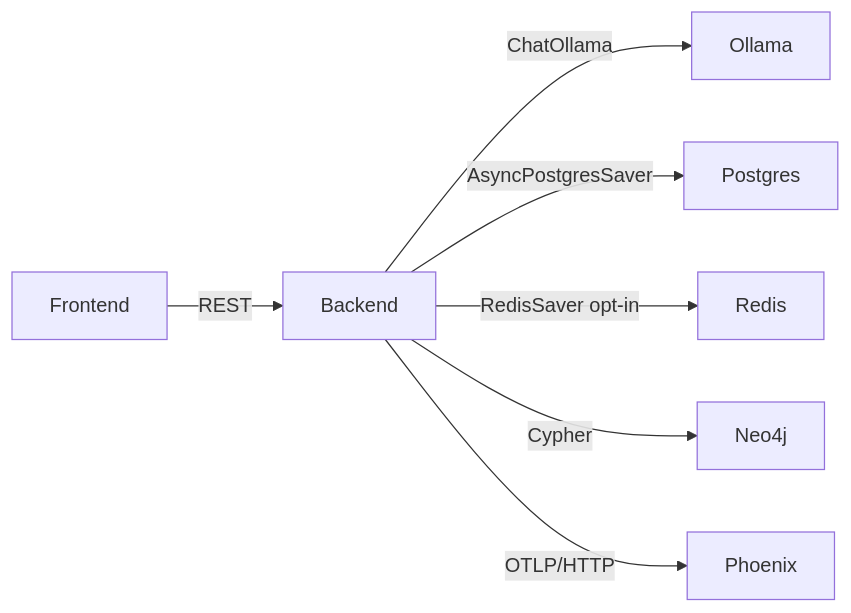
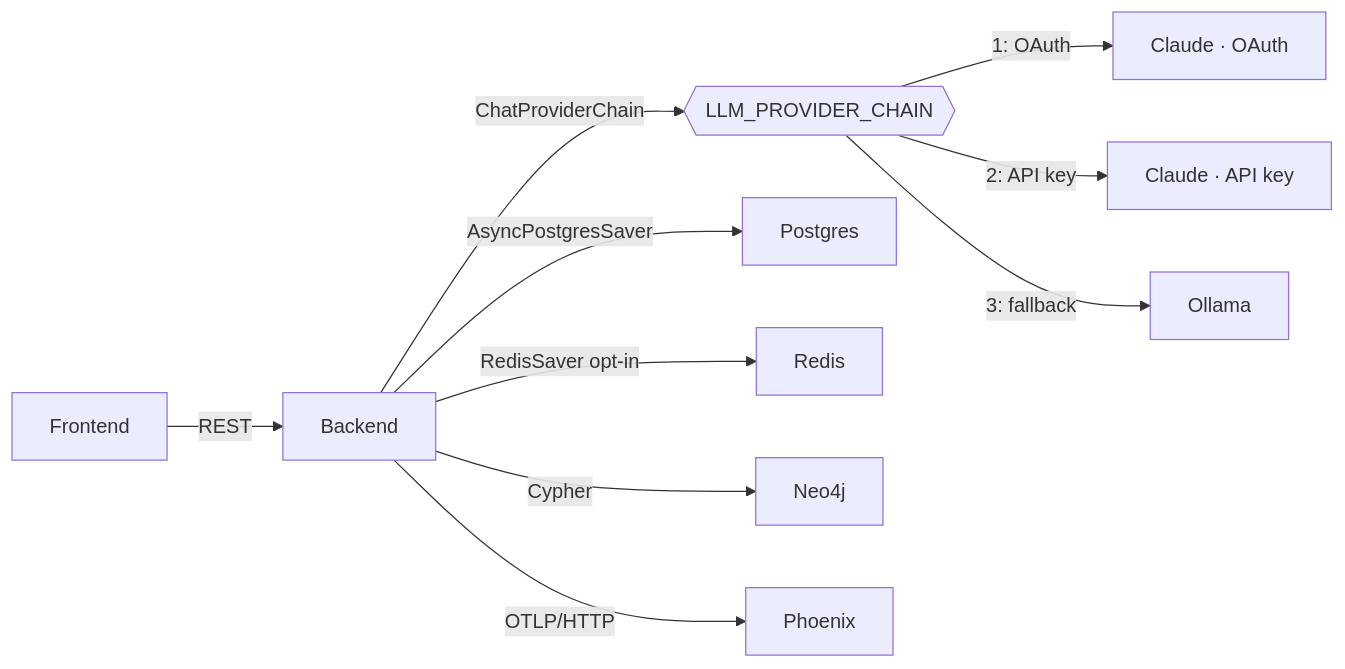
The diagram in docs/local-ai.md (bamr87/law-ai), drawn with Mermaid before and after one commit. The commit also changed other lines of this file and 76 other files, not shown here.

First line of the commit message:
feat: default product runtime to Claude, promote LangChain/LangGraph to core, refresh all documentation

````diff
--- a/docs/local-ai.md
+++ b/docs/local-ai.md
@@ -19,9 +29,12 @@
 ```mermaid
 flowchart LR
   Frontend -->|REST| Backend
-  Backend -->|ChatOllama| Ollama
+  Backend -->|ChatProviderChain| Chain{{LLM_PROVIDER_CHAIN}}
+  Chain -->|"1: OAuth"| ClaudeOAuth[Claude · OAuth]
+  Chain -->|"2: API key"| ClaudeAPI[Claude · API key]
+  Chain -->|"3: fallback"| Ollama
   Backend -->|AsyncPostgresSaver| Postgres
   Backend -->|RedisSaver opt-in| Redis
   Backend -->|Cypher| Neo4j
   Backend -->|OTLP/HTTP| Phoenix
 ```
````
